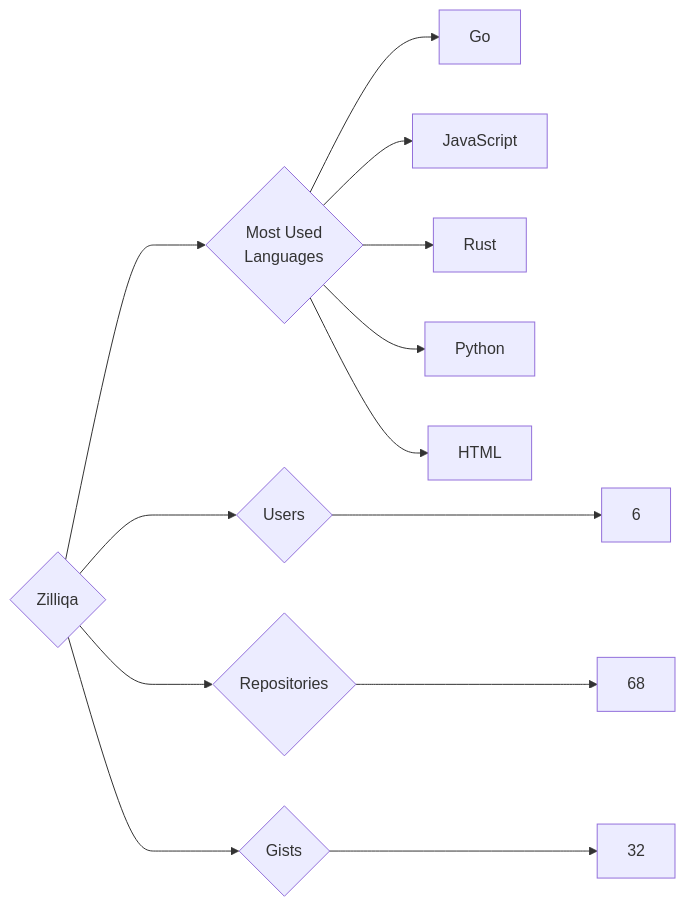
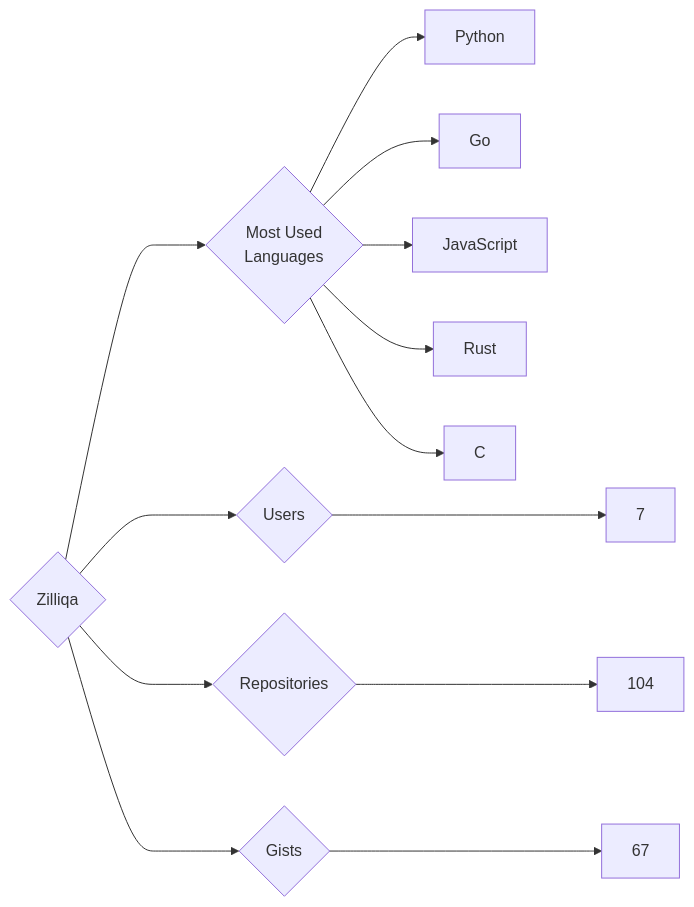
The diagram in targets/Zilliqa/README.md (trickest/insiders), drawn with Mermaid before and after one commit. The commit also changed 940 other files, not shown here.

````diff
--- a/targets/Zilliqa/README.md
+++ b/targets/Zilliqa/README.md
@@ -3,13 +3,13 @@
 ```mermaid
 graph LR
 COMPANY_NAME{Zilliqa}
-COMPANY_NAME ---> U{Users} ---> UN[6]
-COMPANY_NAME ---> R{Repositories} ---> RN[68]
-COMPANY_NAME ---> G{Gists} ---> GN[32]
+COMPANY_NAME ---> U{Users} ---> UN[7]
+COMPANY_NAME ---> R{Repositories} ---> RN[104]
+COMPANY_NAME ---> G{Gists} ---> GN[67]
 COMPANY_NAME ---> ML{Most Used<br>Languages}
+ML --> Python[Python]
 ML --> Go[Go]
 ML --> JavaScript[JavaScript]
 ML --> Rust[Rust]
-ML --> Python[Python]
-ML --> HTML[HTML]
+ML --> C[C]
 ```
````
